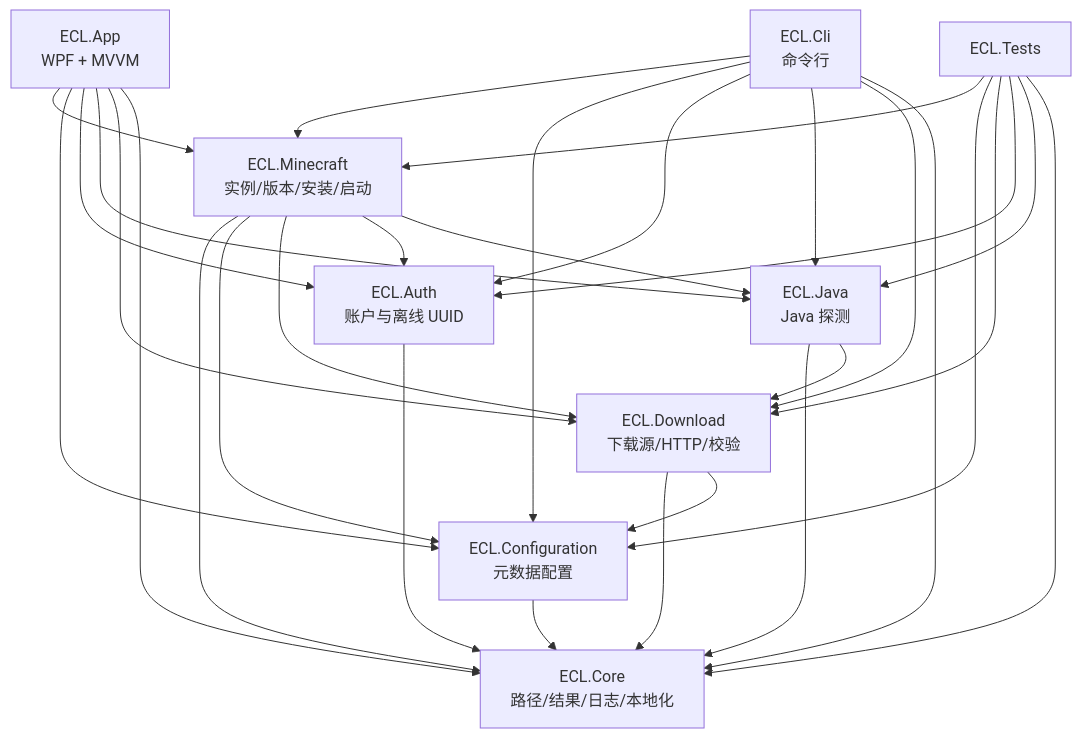
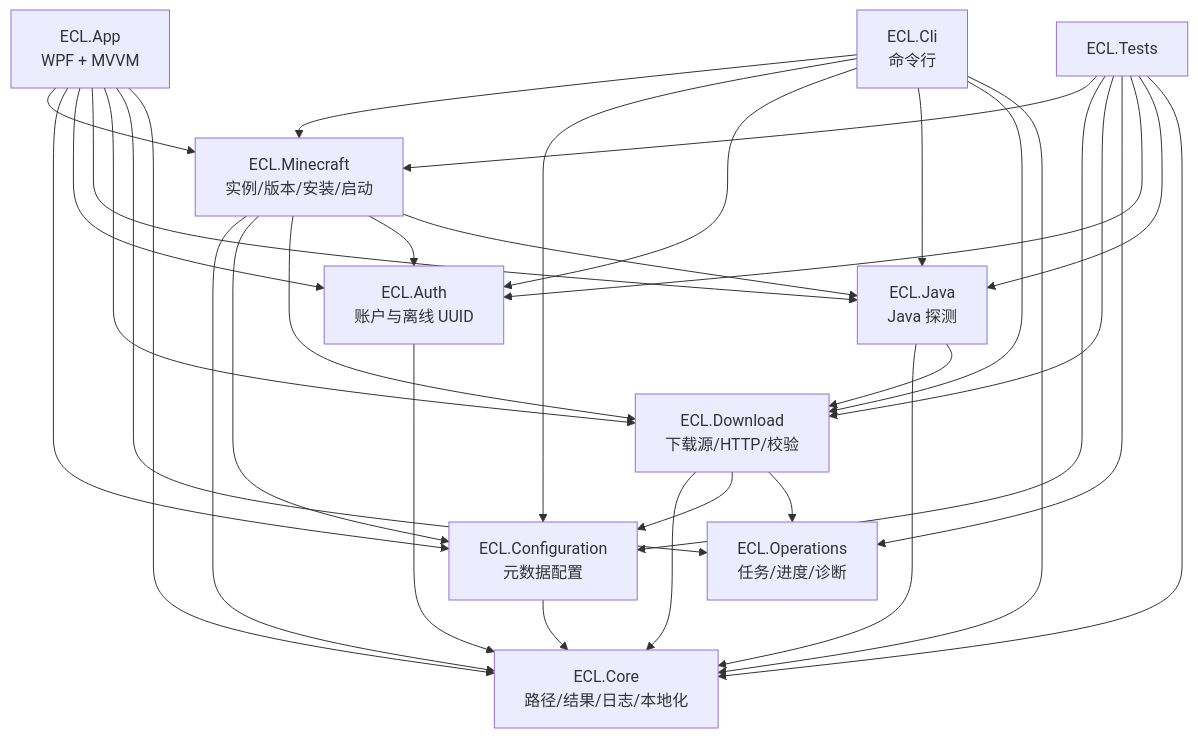
One commit to hellokug2699/Ender-Craft-Launcher changed the diagram in docs/architecture.md. Above: the diagram before and after it, drawn with Mermaid. The commit also changed other lines of this file and 3 other files, not shown here.

````diff
--- a/docs/architecture.md
+++ b/docs/architecture.md
@@ -28,42 +28,46 @@
 ```mermaid
 flowchart TD
     Core[ECL.Core<br/>路径/结果/日志/本地化]
     Config[ECL.Configuration<br/>元数据配置]
+    Ops[ECL.Operations<br/>任务/进度/诊断]
     Download[ECL.Download<br/>下载源/HTTP/校验]
     Auth[ECL.Auth<br/>账户与离线 UUID]
     Java[ECL.Java<br/>Java 探测]
     MC[ECL.Minecraft<br/>实例/版本/安装/启动]
     App[ECL.App<br/>WPF + MVVM]
     Cli[ECL.Cli<br/>命令行]
     Tests[ECL.Tests]
 
     Config --> Core
     Download --> Core
     Download --> Config
+    Download --> Ops
     Auth --> Core
     Java --> Core
     Java --> Download
     MC --> Core
     MC --> Config
     MC --> Download
     MC --> Auth
     MC --> Java
     App --> MC
     App --> Config
     App --> Auth
     App --> Java
     App --> Download
+    App --> Ops
     App --> Core
     Cli --> MC
     Cli --> Config
     Cli --> Auth
     Cli --> Java
     Cli --> Download
     Cli --> Core
     Tests --> MC
     Tests --> Config
     Tests --> Download
+    Tests --> Ops
     Tests --> Auth
     Tests --> Java
     Tests --> Core
 ```
````
